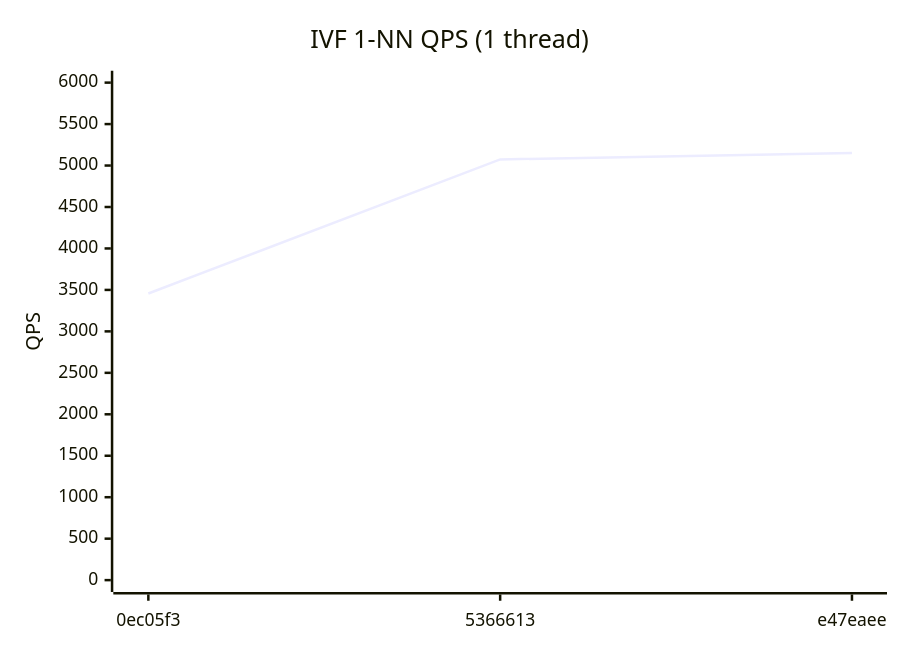
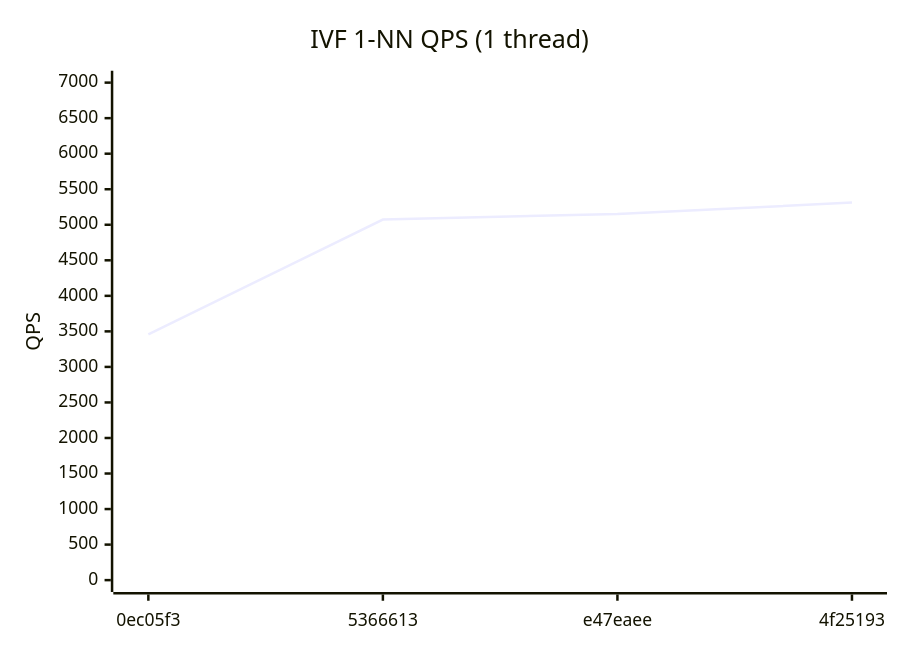
The third of 4 diagrams in benchmarks/REPORT.md (bibidhSubedi0/RedBoxDb), drawn with Mermaid before and after one commit. The commit also changed other lines of this file and 1 other file, not shown here.

````diff
--- a/benchmarks/REPORT.md
+++ b/benchmarks/REPORT.md
@@ -39,7 +39,7 @@
 ```mermaid
 xychart-beta
   title "IVF 1-NN QPS (1 thread)"
-  x-axis ["0ec05f3", "5366613", "e47eaee"]
-  y-axis "QPS" 0 --> 6000
-  line [3457, 5074, 5151]
+  x-axis ["0ec05f3", "5366613", "e47eaee", "4f25193"]
+  y-axis "QPS" 0 --> 7000
+  line [3457, 5074, 5151, 5312]
 ```
````
